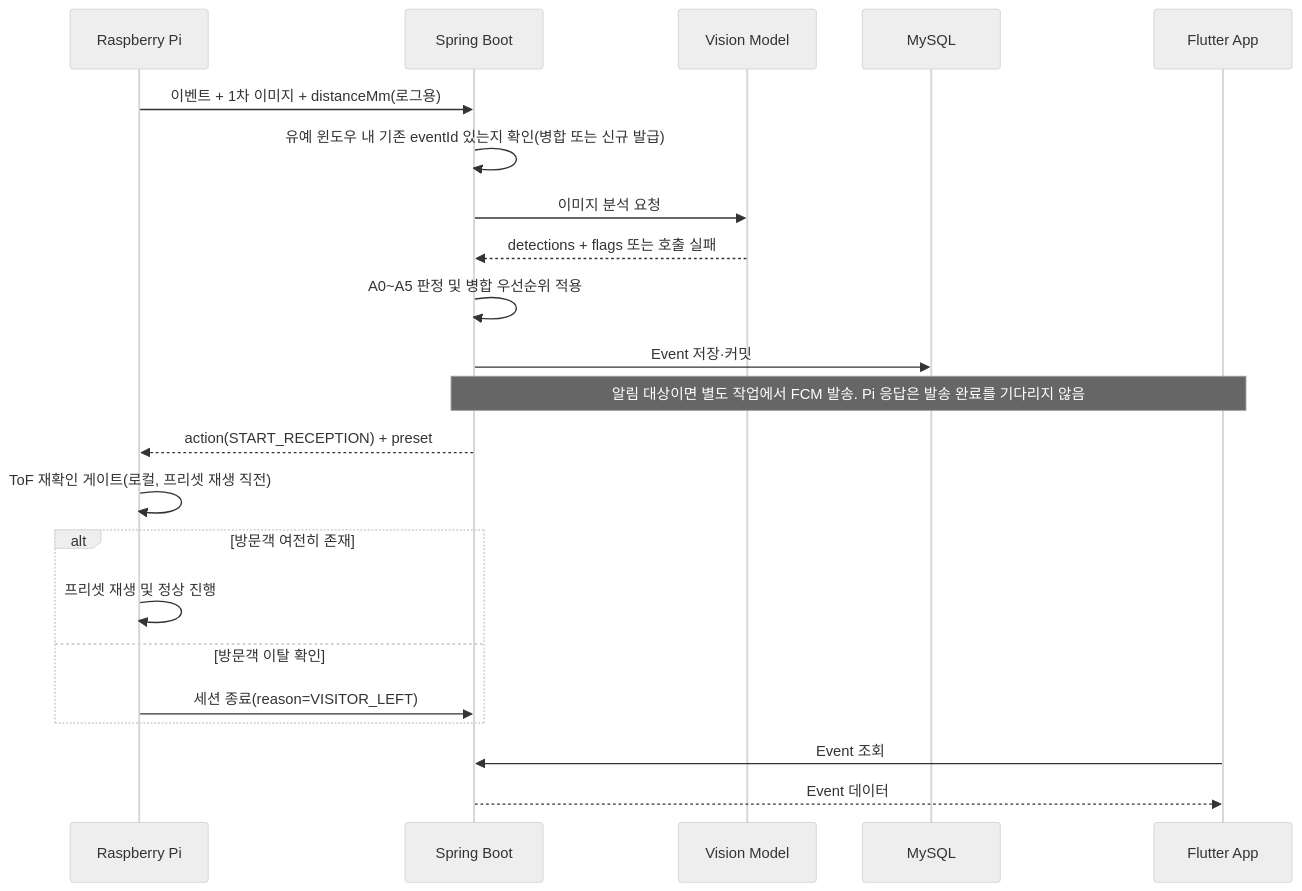
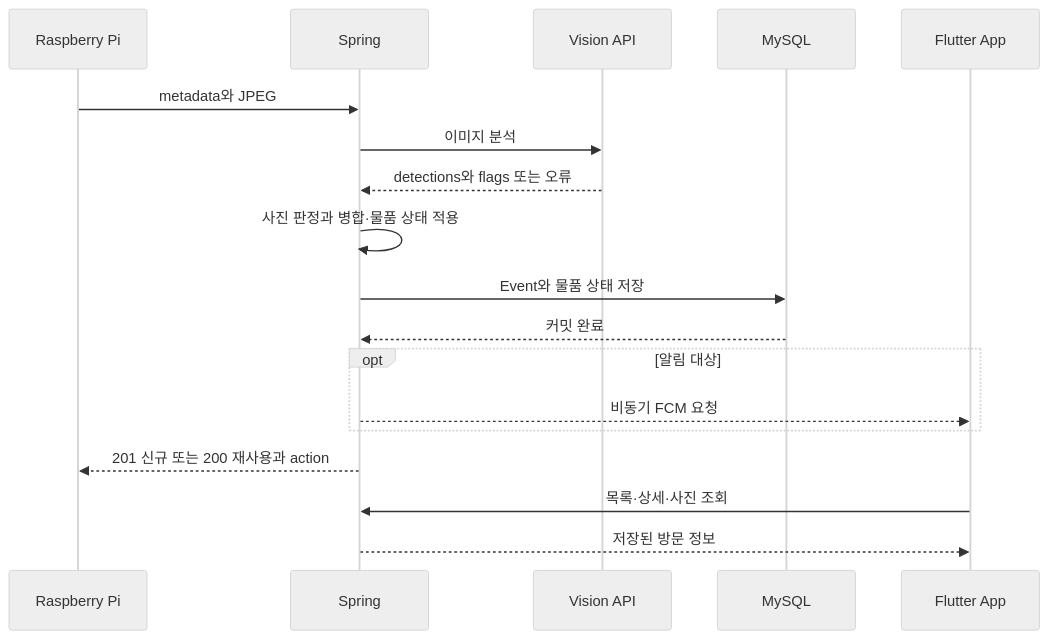
Before and after one commit to centreject/DataCat: the first of 2 diagrams in API_v1_5.md, drawn with Mermaid (neutral theme). The commit also changed other lines of this file and 29 other files, not shown here.

````diff
--- a/API_v1_5.md
+++ b/API_v1_5.md
@@ -1132,25 +1245,20 @@
 ```mermaid
 sequenceDiagram
     participant Pi as Raspberry Pi
-    participant Spring as Spring Boot
-    participant Vision as Vision Model
+    participant Spring as Spring
+    participant Model as Vision API
     participant DB as MySQL
     participant App as Flutter App
-
-    Pi->>Spring: 이벤트 + 1차 이미지 + distanceMm(로그용)
-    Spring->>Spring: 유예 윈도우 내 기존 eventId 있는지 확인(병합 또는 신규 발급)
-    Spring->>Vision: 이미지 분석 요청
-    Vision-->>Spring: detections + flags 또는 호출 실패
-    Spring->>Spring: A0~A5 판정 및 병합 우선순위 적용
-    Spring->>DB: Event 저장·커밋
-    Note over Spring,App: 알림 대상이면 별도 작업에서 FCM 발송. Pi 응답은 발송 완료를 기다리지 않음
-    Spring-->>Pi: action(START_RECEPTION) + preset
-    Pi->>Pi: ToF 재확인 게이트(로컬, 프리셋 재생 직전)
-    alt 방문객 여전히 존재
-        Pi->>Pi: 프리셋 재생 및 정상 진행
-    else 방문객 이탈 확인
-        Pi->>Spring: 세션 종료(reason=VISITOR_LEFT)
+    Pi->>Spring: metadata와 JPEG
+    Spring->>Model: 이미지 분석
+    Model-->>Spring: detections와 flags 또는 오류
+    Spring->>Spring: 사진 판정과 병합·물품 상태 적용
+    Spring->>DB: Event와 물품 상태 저장
+    DB-->>Spring: 커밋 완료
+    opt 알림 대상
+        Spring-->>App: 비동기 FCM 요청
     end
-    App->>Spring: Event 조회
-    Spring-->>App: Event 데이터
+    Spring-->>Pi: 201 신규 또는 200 재사용과 action
+    App->>Spring: 목록·상세·사진 조회
+    Spring-->>App: 저장된 방문 정보
 ```
````
